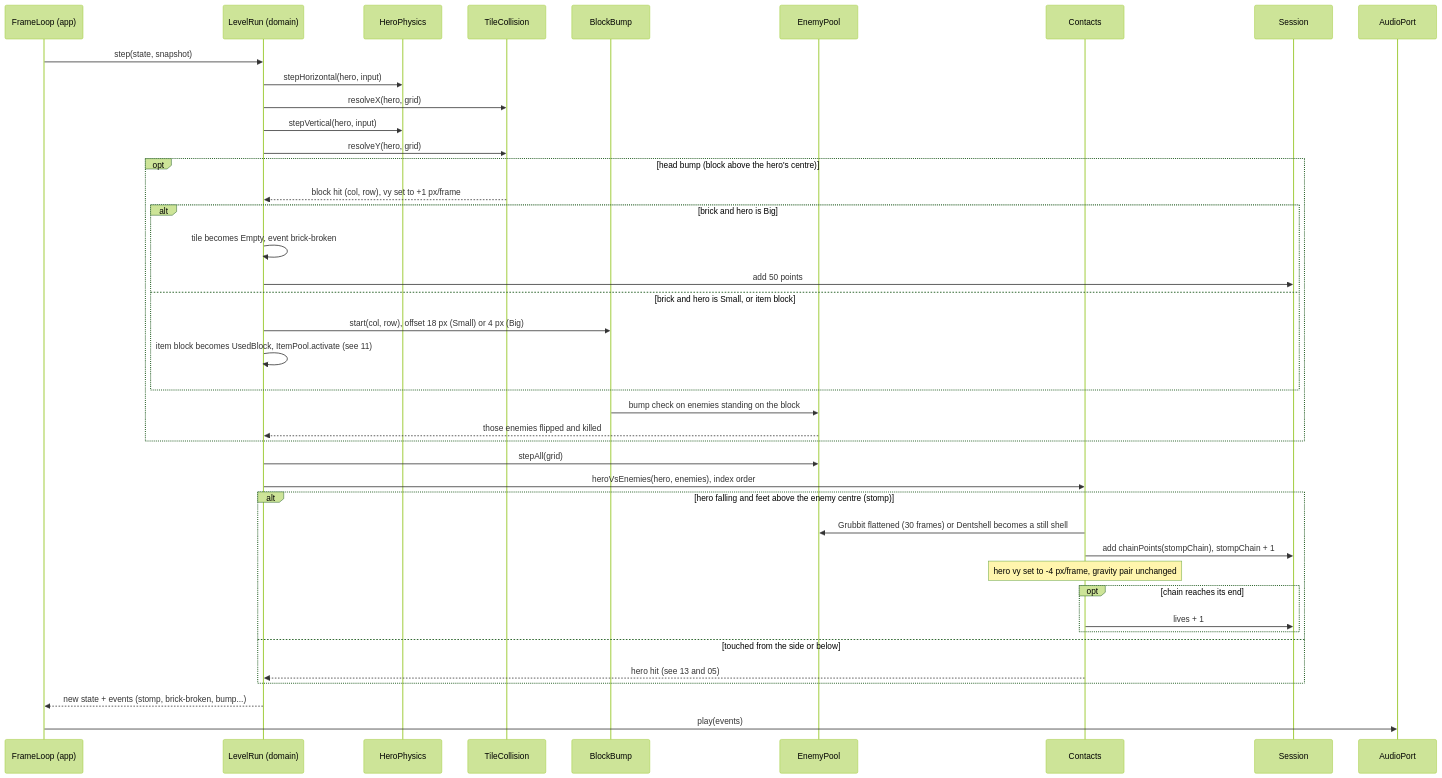
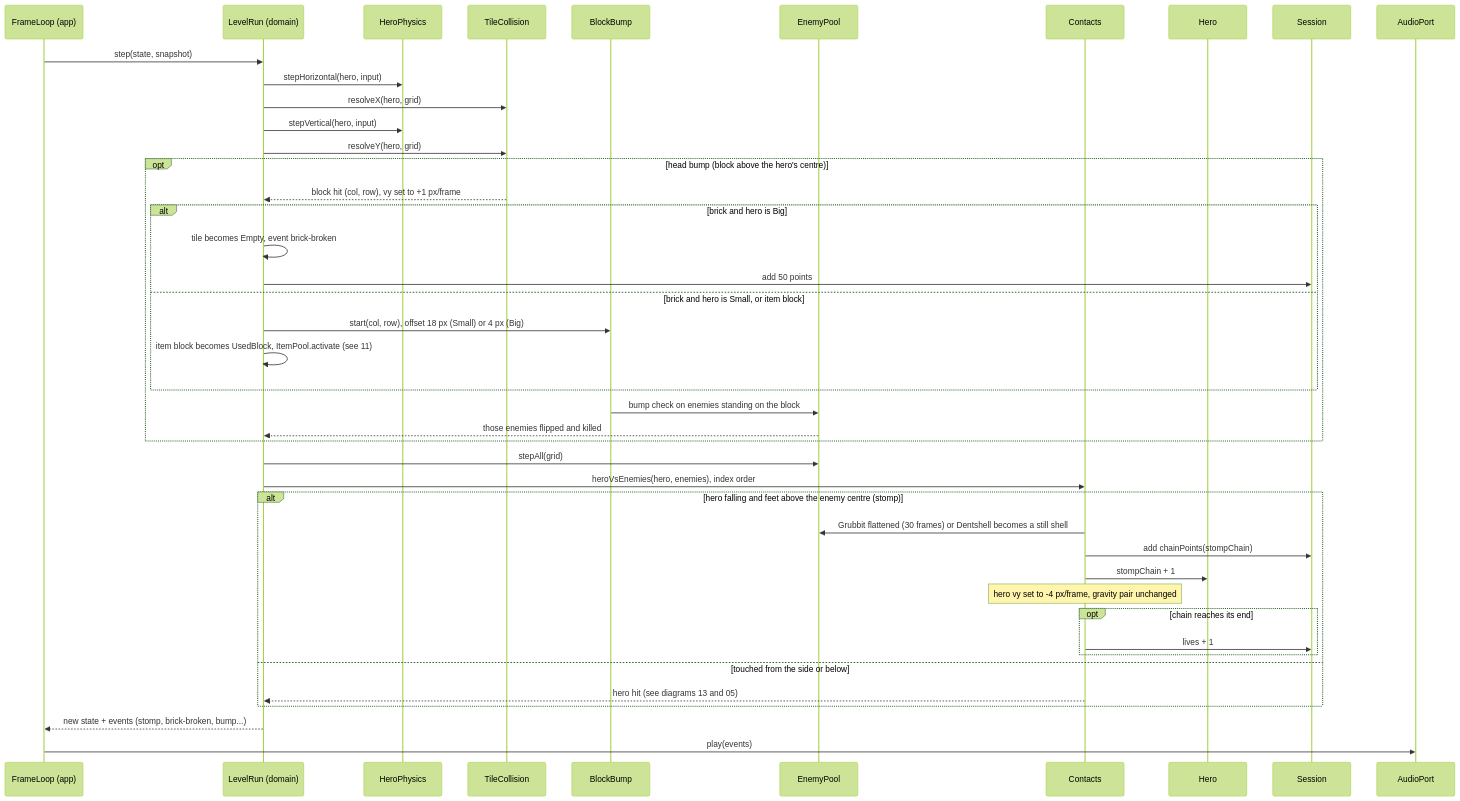
One commit to benoit-bremaud/retro-plumber changed the diagram in docs/architecture/diagrams/gameplay/10-sequence-collisions.md. Above: the diagram before and after it, drawn with Mermaid (forest theme). The commit also changed other lines of this file and 6 other files, not shown here.

Commit message:
docs(uml): apply review-local findings for brick 5 (#7)

````diff
--- a/docs/architecture/diagrams/gameplay/10-sequence-collisions.md
+++ b/docs/architecture/diagrams/gameplay/10-sequence-collisions.md
@@ -14,43 +14,45 @@
 ```mermaid
 sequenceDiagram
     participant FL as FrameLoop (app)
     participant LR as LevelRun (domain)
     participant HP as HeroPhysics
     participant TC as TileCollision
     participant BB as BlockBump
     participant EP as EnemyPool
     participant Ct as Contacts
+    participant H as Hero
     participant Sess as Session
     participant Snd as AudioPort
     FL->>LR: step(state, snapshot)
     LR->>HP: stepHorizontal(hero, input)
     LR->>TC: resolveX(hero, grid)
     LR->>HP: stepVertical(hero, input)
     LR->>TC: resolveY(hero, grid)
     opt head bump (block above the hero's centre)
         TC-->>LR: block hit (col, row), vy set to +1 px/frame
         alt brick and hero is Big
             LR->>LR: tile becomes Empty, event brick-broken
             LR->>Sess: add 50 points
         else brick and hero is Small, or item block
             LR->>BB: start(col, row), offset 18 px (Small) or 4 px (Big)
             LR->>LR: item block becomes UsedBlock, ItemPool.activate (see 11)
         end
         BB->>EP: bump check on enemies standing on the block
         EP-->>LR: those enemies flipped and killed
     end
     LR->>EP: stepAll(grid)
     LR->>Ct: heroVsEnemies(hero, enemies), index order
     alt hero falling and feet above the enemy centre (stomp)
         Ct->>EP: Grubbit flattened (30 frames) or Dentshell becomes a still shell
-        Ct->>Sess: add chainPoints(stompChain), stompChain + 1
+        Ct->>Sess: add chainPoints(stompChain)
+        Ct->>H: stompChain + 1
         Note over Ct: hero vy set to -4 px/frame, gravity pair unchanged
         opt chain reaches its end
             Ct->>Sess: lives + 1
         end
     else touched from the side or below
-        Ct-->>LR: hero hit (see 13 and 05)
+        Ct-->>LR: hero hit (see diagrams 13 and 05)
     end
     LR-->>FL: new state + events (stomp, brick-broken, bump...)
     FL->>Snd: play(events)
 ```
````
